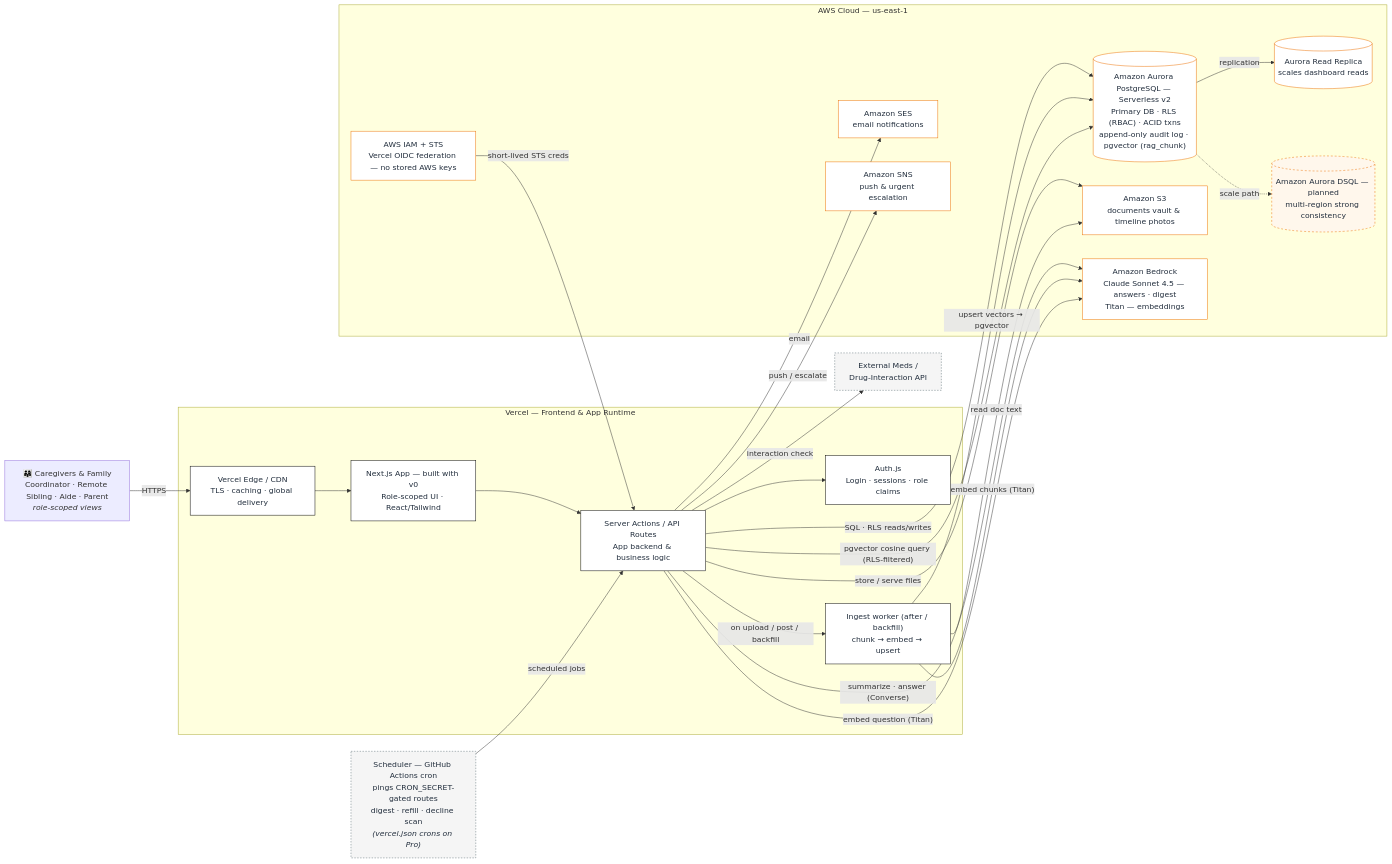
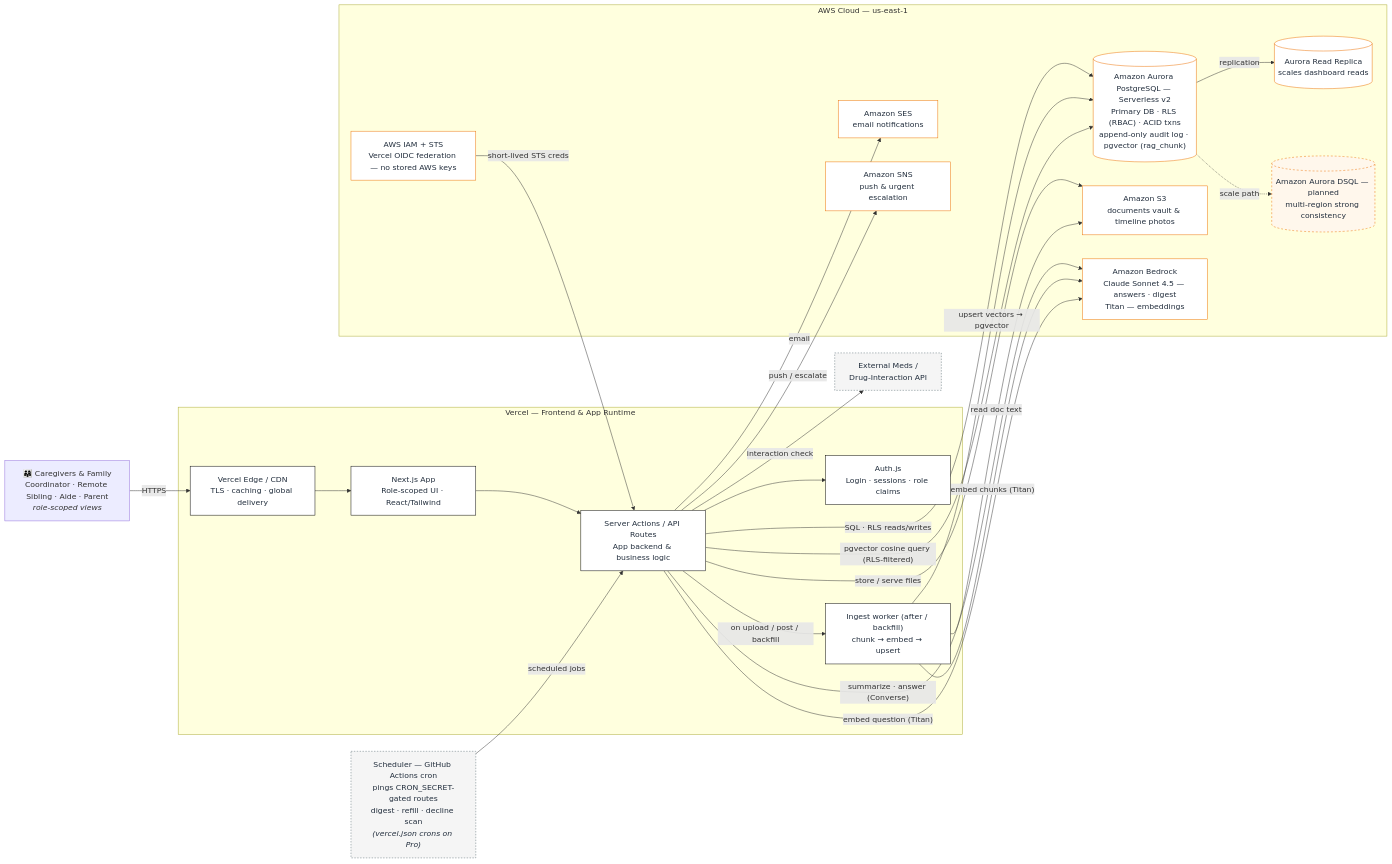
Before and after one commit to rogerjeasy/carecircle: the diagram in docs/architecture.md, drawn with Mermaid. The commit also changed other lines of this file, not shown here.

Commit message:
updated architecture document

````diff
--- a/docs/architecture.md
+++ b/docs/architecture.md
@@ -15,58 +15,58 @@
 ```mermaid
 flowchart LR
   classDef aws fill:#FFFFFF,stroke:#ED7100,stroke-width:1px,color:#232F3E;
   classDef vercel fill:#FFFFFF,stroke:#000000,stroke-width:1px,color:#232F3E;
   classDef ext fill:#F5F5F5,stroke:#5A6C72,stroke-dasharray:3 3,color:#232F3E;
   classDef planned fill:#FFF7EC,stroke:#ED7100,stroke-dasharray:4 4,color:#232F3E;
 
   U["👨‍👩‍👧 Caregivers & Family<br/>Coordinator · Remote Sibling · Aide · Parent<br/><i>role-scoped views</i>"]
 
   subgraph VERCEL["Vercel — Frontend & App Runtime"]
     EDGE["Vercel Edge / CDN<br/>TLS · caching · global delivery"]
-    UI["Next.js App — built with v0<br/>Role-scoped UI · React/Tailwind"]
+    UI["Next.js App<br/>Role-scoped UI · React/Tailwind"]
     API["Server Actions / API Routes<br/>App backend & business logic"]
     AUTH["Auth.js<br/>Login · sessions · role claims"]
     INGEST["Ingest worker (after / backfill)<br/>chunk → embed → upsert"]
   end
 
   CRON["Scheduler — GitHub Actions cron<br/>pings CRON_SECRET-gated routes<br/>digest · refill · decline scan<br/><i>(vercel.json crons on Pro)</i>"]
 
   subgraph AWS["AWS Cloud — us-east-1"]
     AUR[("Amazon Aurora PostgreSQL — Serverless v2<br/>Primary DB · RLS (RBAC) · ACID txns<br/>append-only audit log · pgvector (rag_chunk)")]
     REP[("Aurora Read Replica<br/>scales dashboard reads")]
     S3["Amazon S3<br/>documents vault & timeline photos"]
     BR["Amazon Bedrock<br/>Claude Sonnet 4.5 — answers · digest<br/>Titan — embeddings"]
     SES["Amazon SES<br/>email notifications"]
     SNS["Amazon SNS<br/>push & urgent escalation"]
     SEC["AWS IAM + STS<br/>Vercel OIDC federation — no stored AWS keys"]
     DSQL[("Amazon Aurora DSQL — planned<br/>multi-region strong consistency")]
   end
 
   MEDS["External Meds /<br/>Drug-Interaction API"]
 
   U -->|HTTPS| EDGE --> UI --> API
   API --> AUTH
   API -->|"SQL · RLS reads/writes"| AUR
   AUR -->|replication| REP
   API -->|store / serve files| S3
   API -->|"summarize · answer (Converse)"| BR
   API -->|email| SES
   API -->|push / escalate| SNS
   SEC -->|short-lived STS creds| API
   CRON -->|scheduled jobs| API
   API -->|interaction check| MEDS
   AUR -.->|scale path| DSQL
 
   %% --- RAG ingestion + retrieval (all on AWS, vectors inside Aurora) ---
   API -->|"on upload / post / backfill"| INGEST
   INGEST -->|"read doc text"| S3
   INGEST -->|"embed chunks (Titan)"| BR
   INGEST -->|"upsert vectors → pgvector"| AUR
   API -->|"embed question (Titan)"| BR
   API -->|"pgvector cosine query (RLS-filtered)"| AUR
 
   class AUR,REP,S3,BR,SES,SNS,SEC aws;
   class DSQL planned;
   class EDGE,UI,API,AUTH,INGEST vercel;
   class MEDS,CRON ext;
 ```
````
